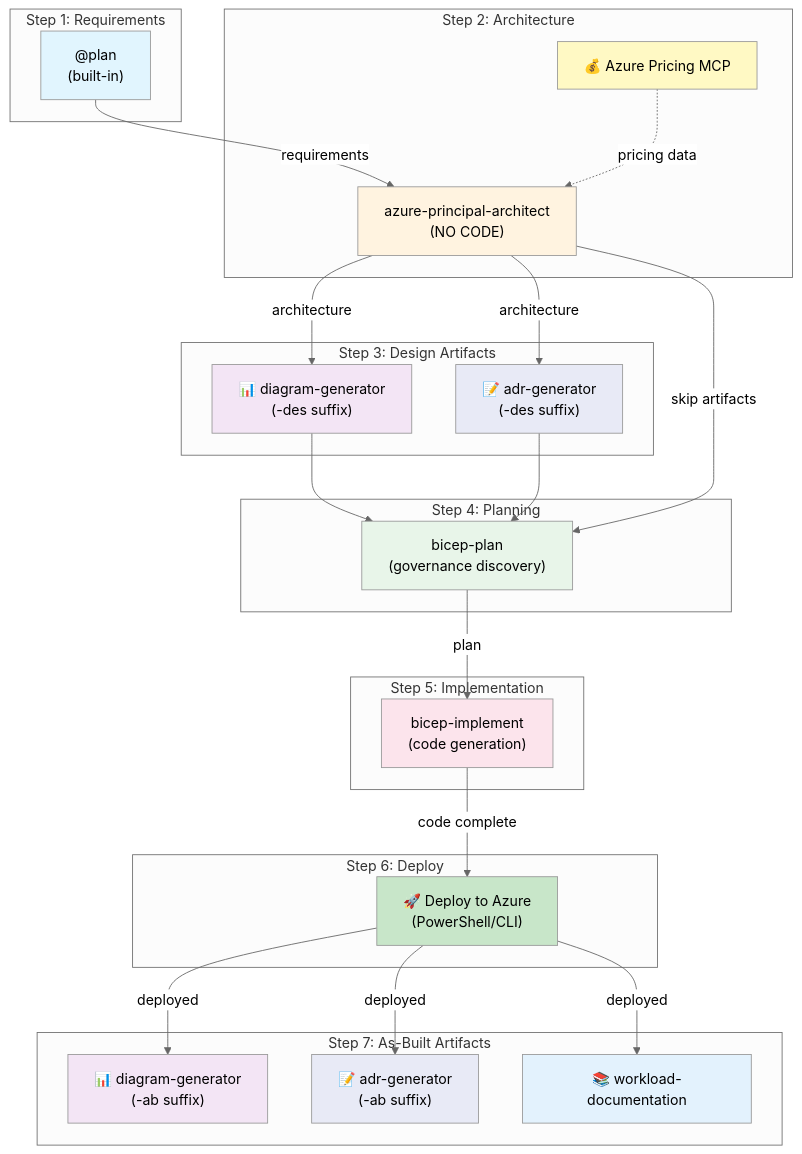
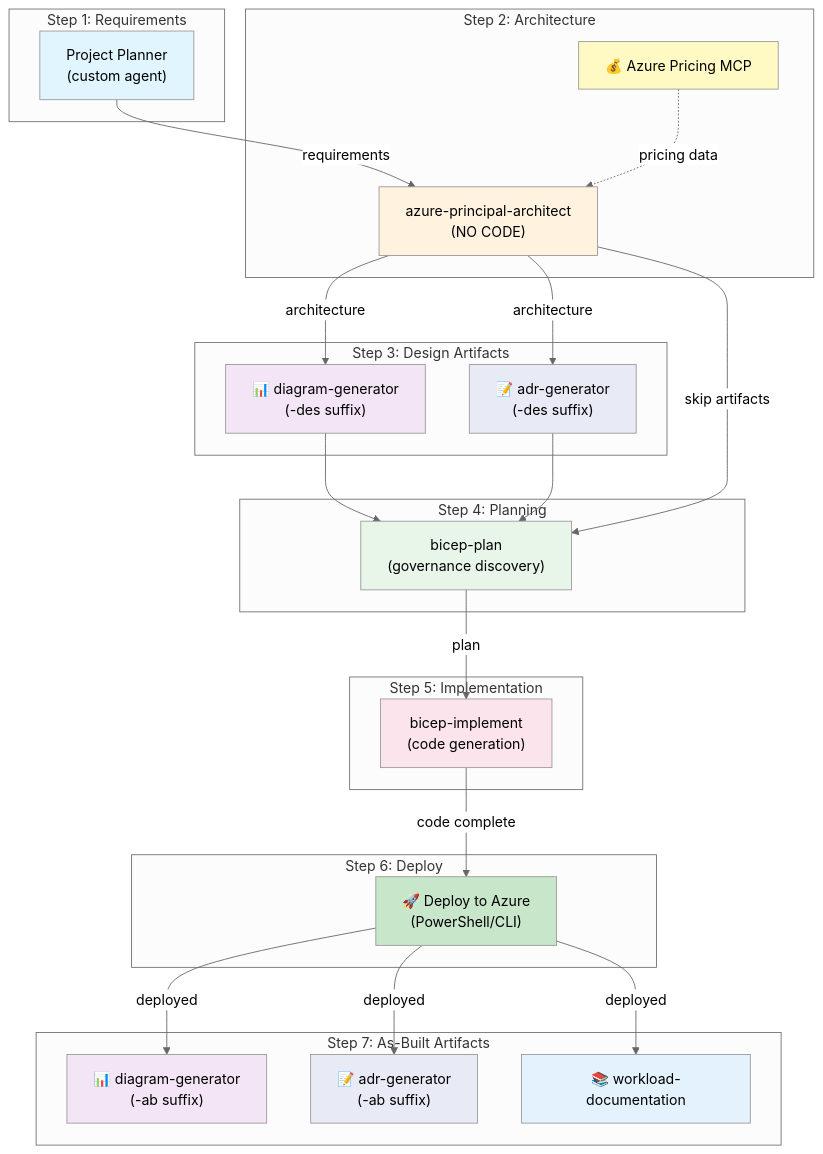
One commit to jonathan-vella/apex-accelerator changed the first of 2 diagrams in docs/workflow/WORKFLOW.md. Above: the diagram before and after it, drawn with Mermaid. The commit also changed other lines of this file and 31 other files, not shown here.

````diff
--- a/docs/workflow/WORKFLOW.md
+++ b/docs/workflow/WORKFLOW.md
@@ -11,60 +27,60 @@
 ```mermaid
 %%{init: {'theme':'neutral'}}%%
 graph TB
     subgraph "Step 1: Requirements"
-        P["@plan<br/>(built-in)"]
+        P["Project Planner<br/>(custom agent)"]
     end
 
     subgraph "Step 2: Architecture"
         A["azure-principal-architect<br/>(NO CODE)"]
         MCP["💰 Azure Pricing MCP"]
     end
 
     subgraph "Step 3: Design Artifacts"
         D["📊 diagram-generator<br/>(-des suffix)"]
         ADR1["📝 adr-generator<br/>(-des suffix)"]
     end
 
     subgraph "Step 4: Planning"
         B["bicep-plan<br/>(governance discovery)"]
     end
 
     subgraph "Step 5: Implementation"
         I["bicep-implement<br/>(code generation)"]
     end
 
     subgraph "Step 6: Deploy"
         DEP["🚀 Deploy to Azure<br/>(PowerShell/CLI)"]
     end
 
     subgraph "Step 7: As-Built Artifacts"
         D2["📊 diagram-generator<br/>(-ab suffix)"]
         ADR2["📝 adr-generator<br/>(-ab suffix)"]
         WL["📚 workload-documentation"]
     end
 
     P -->|"requirements"| A
     MCP -.->|"pricing data"| A
     A -->|"architecture"| D
     A -->|"architecture"| ADR1
     D --> B
     ADR1 --> B
     A -->|"skip artifacts"| B
     B -->|"plan"| I
     I -->|"code complete"| DEP
     DEP -->|"deployed"| D2
     DEP -->|"deployed"| ADR2
     DEP -->|"deployed"| WL
 
     style P fill:#e1f5fe
     style A fill:#fff3e0
     style MCP fill:#fff9c4
     style D fill:#f3e5f5
     style ADR1 fill:#e8eaf6
     style B fill:#e8f5e9
     style I fill:#fce4ec
     style DEP fill:#c8e6c9
     style D2 fill:#f3e5f5
     style ADR2 fill:#e8eaf6
     style WL fill:#e3f2fd
 ```
````
